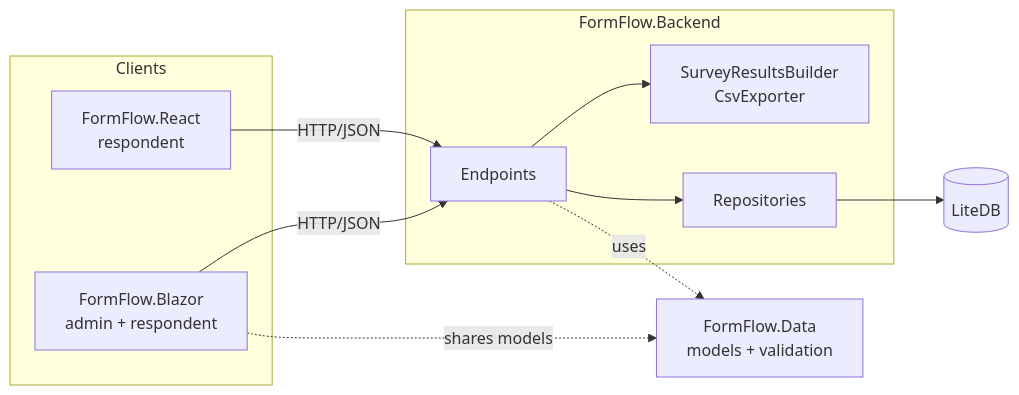
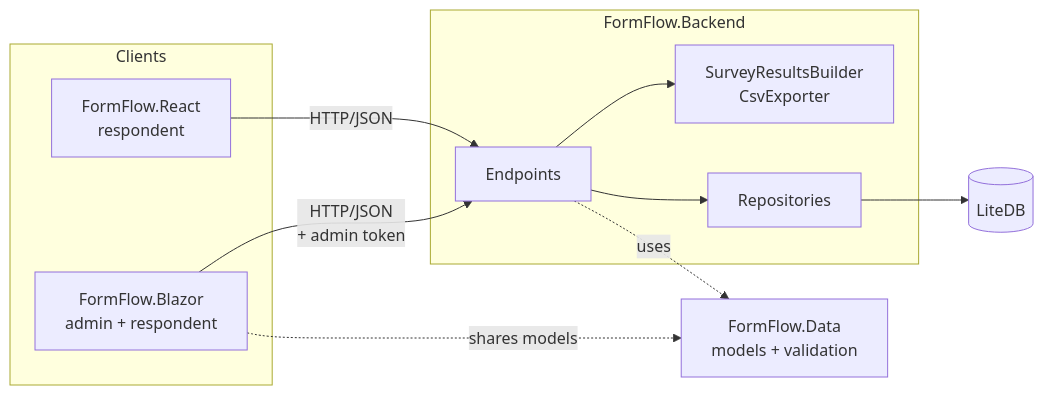
One commit to Gameyplum303/form-flow changed the diagram in docs/architecture.md. Above: the diagram before and after it, drawn with Mermaid. The commit also changed other lines of this file and 65 other files, not shown here.

````diff
--- a/docs/architecture.md
+++ b/docs/architecture.md
@@ -5,21 +5,21 @@
 ```mermaid
 flowchart LR
     subgraph Clients
         B["FormFlow.Blazor<br/>admin + respondent"]
         R["FormFlow.React<br/>respondent"]
     end
     subgraph API["FormFlow.Backend"]
         E["Endpoints"]
         S["SurveyResultsBuilder<br/>CsvExporter"]
         Repo["Repositories"]
     end
     D["FormFlow.Data<br/>models + validation"]
     DB[("LiteDB")]
 
-    B -- "HTTP/JSON" --> E
+    B -- "HTTP/JSON<br/>+ admin token" --> E
     R -- "HTTP/JSON" --> E
     E --> S
     E --> Repo --> DB
     E -. uses .-> D
     B -. shares models .-> D
 ```
````
